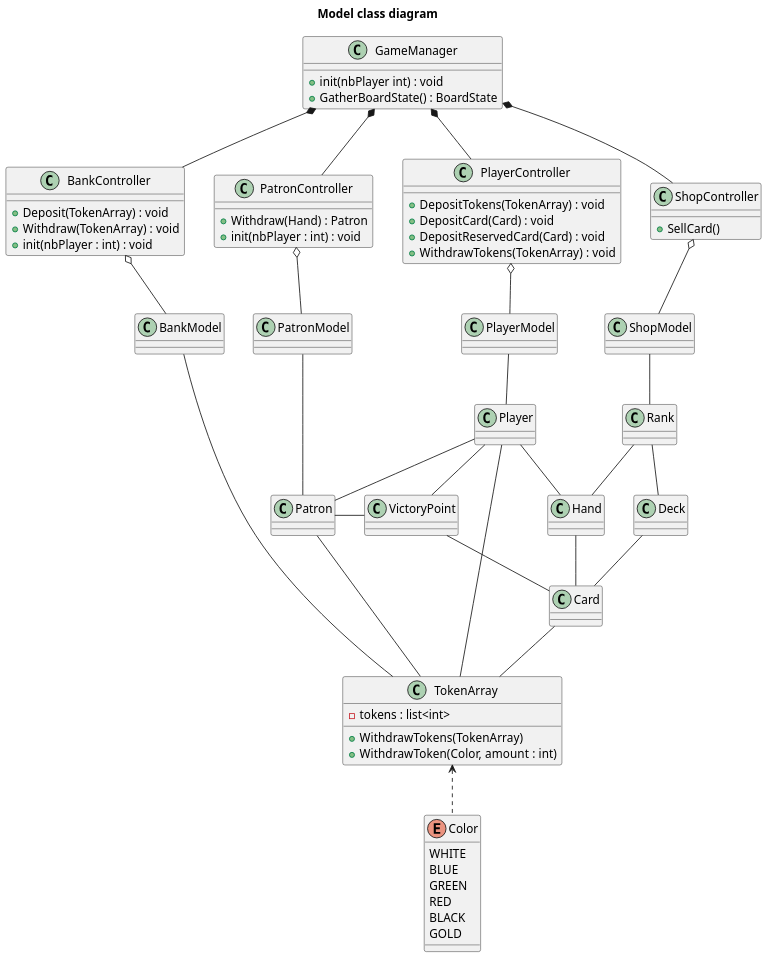
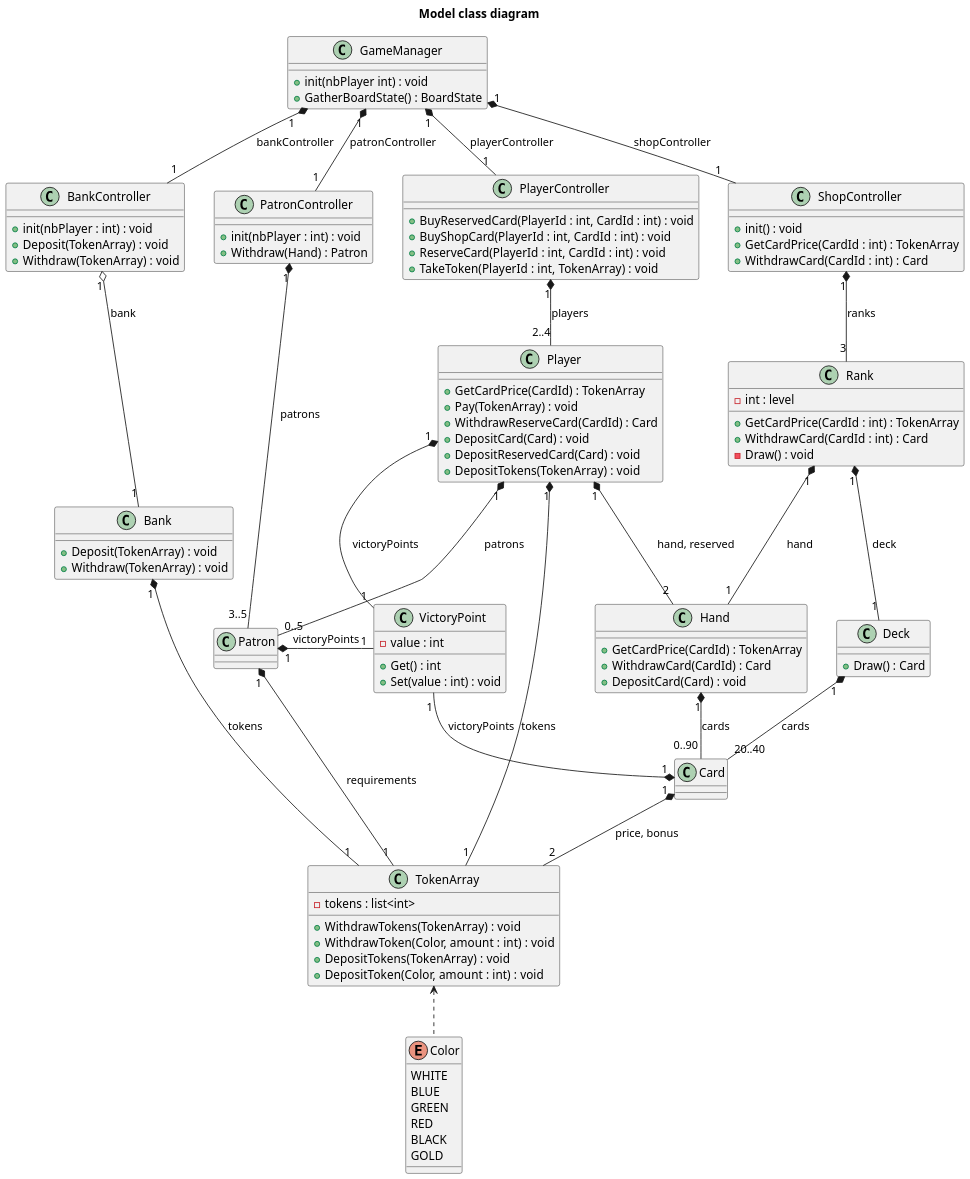
Before and after one commit to kalharko/splendia: the diagram in Technical Specifications/ClassDiagram.puml, drawn with PlantUML. The commit also changed 4 other files, not shown here.

Commit message:
:construction: diagrams

```diff
--- a/Technical Specifications/ClassDiagram.puml
+++ b/Technical Specifications/ClassDiagram.puml
@@ -1,104 +1,136 @@
 @startuml classDiagram
 title Model class diagram
 scale 1.5
 
-GameManager *-- BankController
-GameManager *-- PatronController
-GameManager *-- PlayerController
-GameManager *-- ShopController
+GameManager "1" *-- "1" BankController : bankController
+GameManager "1" *-- "1" PatronController : patronController
+GameManager "1" *-- "1" PlayerController : playerController
+GameManager "1" *-- "1" ShopController : shopController
 
-PatronController o-- PatronModel
-PatronModel -- Patron
-Patron -- TokenArray
+BankController "1" o-down- "1" Bank : bank
+Bank "1" *-- "1" TokenArray : tokens
 
-BankController o-down- BankModel
-BankModel -- TokenArray
+PatronController "1" *-- "3..5" Patron : patrons
+Patron "1" *-- "1" TokenArray : requirements
 
-PlayerController o-- PlayerModel
-PlayerModel -- Player
-Player -- TokenArray
-Player -- Hand
-Player -- Patron
+PlayerController "1" *-- "2..4" Player : players
+Player "1" *-- "1" TokenArray : tokens
+Player "1" *-- "2" Hand : hand, reserved
+Player "1" *-- "0..5" Patron : patrons
 
-ShopController o-- ShopModel
-ShopModel -- Rank
-Rank -- Hand
-Rank -- Deck
+ShopController "1" *-- "3" Rank : ranks
+Rank "1" *-- "1" Hand : hand
+Rank "1" *-- "1" Deck : deck
 
-Deck -- Card
-Hand -- Card
+Deck "1" *-- "20..40" Card : cards
+Hand "1" *-- "0..90" Card : cards
 
-Card -- TokenArray
+Card "1" *-- "2" TokenArray : price, bonus
 TokenArray <.. Color
 
 
 BankController .r[hidden]. PatronController
 PatronController .r[hidden]. PlayerController
 PlayerController .r[hidden]. ShopController
 
-BankModel .r[hidden]. PatronModel
-PatronModel .r[hidden]. PlayerModel
-PlayerModel .r[hidden]. ShopModel
 
 
 VictoryPoint .r[hidden]. Hand
-VictoryPoint -[norank]- Patron
-VictoryPoint -[norank]- Card
-VictoryPoint -[norank]- Player
+VictoryPoint "1" -[norank]-* "1" Patron : victoryPoints
+VictoryPoint "1" -[norank]-* "1" Card : victoryPoints
+VictoryPoint "1" -[norank]-* "1" Player : victoryPoints
 
 
 
 
 class GameManager {
     +init(nbPlayer int) : void
     +GatherBoardState() : BoardState
 }
 
 
 class BankController {
+    +init(nbPlayer : int) : void
     +Deposit(TokenArray) : void
     +Withdraw(TokenArray) : void
-    +init(nbPlayer : int) : void
 }
 
 class PatronController {
+    +init(nbPlayer : int) : void
     +Withdraw(Hand) : Patron
-    +init(nbPlayer : int) : void
 }
 
 class PlayerController {
-    +DepositTokens(TokenArray) : void
-    +DepositCard(Card) : void
-    +DepositReservedCard(Card) : void
-    +WithdrawTokens(TokenArray) : void
+    +BuyReservedCard(PlayerId : int, CardId : int) : void
+    +BuyShopCard(PlayerId : int, CardId : int) : void
+    +ReserveCard(PlayerId : int, CardId : int) : void
+    +TakeToken(PlayerId : int, TokenArray) : void
 }
 
 class ShopController {
-    +SellCard()
+    +init() : void
+    +GetCardPrice(CardId : int) : TokenArray
+    +WithdrawCard(CardId : int) : Card
 }
 
 
 
+class Bank {
+    +Deposit(TokenArray) : void
+    +Withdraw(TokenArray) : void
+}
 
 
 
+class Player {
+    +GetCardPrice(CardId) : TokenArray
+    +Pay(TokenArray) : void
+    +WithdrawReserveCard(CardId) : Card
+    +DepositCard(Card) : void
+    +DepositReservedCard(Card) : void
+    +DepositTokens(TokenArray) : void
+}
+
+class Rank {
+    -int : level
+    +GetCardPrice(CardId : int) : TokenArray
+    +WithdrawCard(CardId : int) : Card
+    -Draw() : void
+}
+
+class Hand {
+    +GetCardPrice(CardId) : TokenArray
+    +WithdrawCard(CardId) : Card
+    +DepositCard(Card) : void
+}
+
+class Deck {
+    +Draw() : Card
+}
 
 
+class VictoryPoint {
+    -value : int
+    +Get() : int
+    +Set(value : int) : void
+}
 
 class TokenArray {
     -tokens : list<int>
-    +WithdrawTokens(TokenArray)
-    +WithdrawToken(Color, amount : int)
+    +WithdrawTokens(TokenArray) : void
+    +WithdrawToken(Color, amount : int) : void
+    +DepositTokens(TokenArray) : void
+    +DepositToken(Color, amount : int) : void
 }
 
 
 enum Color {
     WHITE
     BLUE
     GREEN
     RED
     BLACK
     GOLD
 }
 
 @enduml
```
